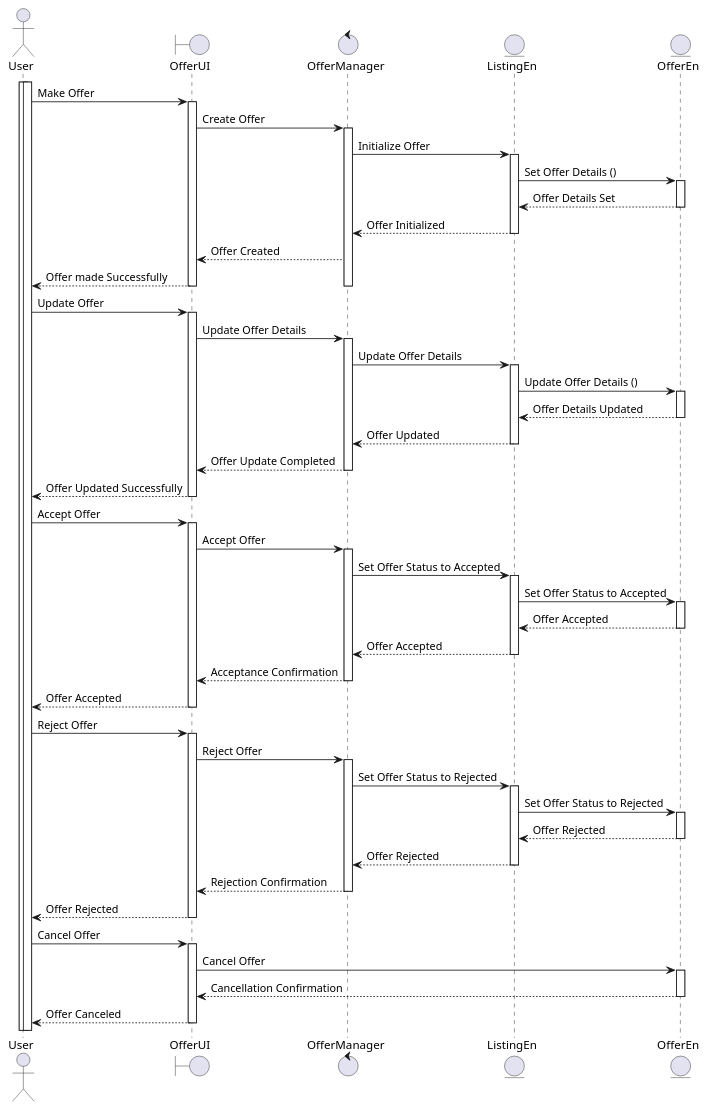
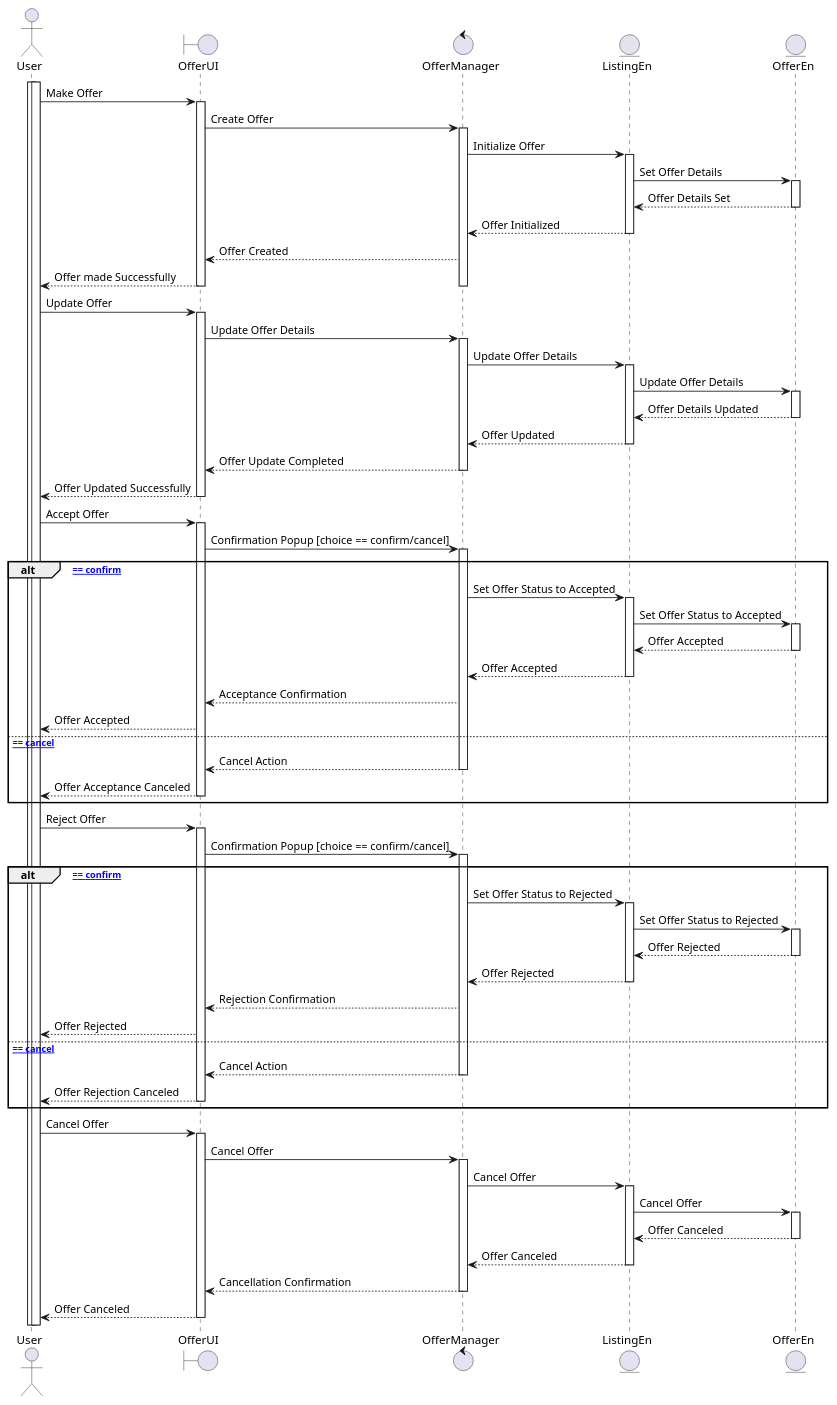
One commit to KuaLiMin/ShopBlock changed the diagram in lab2/plantuml/offer.plantuml. Above: the diagram before and after it, drawn with PlantUML.

```diff
--- a/lab2/plantuml/offer.plantuml
+++ b/lab2/plantuml/offer.plantuml
@@ -1,117 +1,139 @@
 @startuml
 actor User as U
 boundary OfferUI as OUI
 control OfferManager as OM
 entity ListingEn as L
 entity OfferEn as O
 
 activate U
 
 ' User making an offer
 actor User as U
 boundary OfferUI as OUI
 control OfferManager as OM
 entity ListingEn as L
 entity OfferEn as O
 
 ' Activate User
 activate U
 
 ' User making an offer
 U -> OUI : Make Offer
 activate OUI
 
 OUI -> OM : Create Offer
 activate OM
 OM -> L : Initialize Offer
 activate L
 
 ' Set initial offer details
-L -> O : Set Offer Details ()
+L -> O : Set Offer Details
 activate O
 O --> L : Offer Details Set
 deactivate O
 
 L --> OM : Offer Initialized
 deactivate L
 
 OM --> OUI : Offer Created
 
 OUI --> U : Offer made Successfully
 deactivate OM
 deactivate OUI
 
 ' User updating offer details
 U -> OUI : Update Offer
 activate OUI
 
 OUI -> OM : Update Offer Details
 activate OM
 OM -> L : Update Offer Details
 activate L
 
-L -> O : Update Offer Details ()
+L -> O : Update Offer Details
 activate O
 O --> L : Offer Details Updated
 deactivate O
 
 L --> OM : Offer Updated
 deactivate L
 
 OM --> OUI : Offer Update Completed
 deactivate OM
 OUI --> U : Offer Updated Successfully
 deactivate OUI
 
 ' User accepting an offer
 U -> OUI : Accept Offer
 activate OUI
-OUI -> OM : Accept Offer
+OUI -> OM : Confirmation Popup [choice == confirm/cancel]
 activate OM
-OM -> L : Set Offer Status to Accepted
-activate L
 
-L -> O : Set Offer Status to Accepted
-activate O
-O --> L : Offer Accepted
-deactivate O
+alt [choice == confirm]
+    OM -> L : Set Offer Status to Accepted
+    activate L
+    L -> O : Set Offer Status to Accepted
+    activate O
+    O --> L : Offer Accepted
+    deactivate O
+    L --> OM : Offer Accepted
+    deactivate L
+    OM --> OUI : Acceptance Confirmation
+    OUI --> U : Offer Accepted
 
-L --> OM : Offer Accepted
-deactivate L
-OM --> OUI : Acceptance Confirmation
-deactivate OM
-OUI --> U : Offer Accepted
-deactivate OUI
+else [choice == cancel]
+    OM --> OUI : Cancel Action
+    deactivate OM
+    OUI --> U : Offer Acceptance Canceled
+    deactivate OUI
+end
+
 
 ' User rejecting an offer
 U -> OUI : Reject Offer
 activate OUI
-OUI -> OM : Reject Offer
+OUI -> OM : Confirmation Popup [choice == confirm/cancel]
 activate OM
-OM -> L : Set Offer Status to Rejected
-activate L
 
-L -> O : Set Offer Status to Rejected
-activate O
-O --> L : Offer Rejected
-deactivate O
+alt [choice == confirm]
+    OM -> L : Set Offer Status to Rejected
+    activate L
+    L -> O : Set Offer Status to Rejected
+    activate O
+    O --> L : Offer Rejected
+    deactivate O
+    L --> OM : Offer Rejected
+    deactivate L
+    OM --> OUI : Rejection Confirmation
+    OUI --> U : Offer Rejected
 
-L --> OM : Offer Rejected
-deactivate L
-OM --> OUI : Rejection Confirmation
-deactivate OM
-OUI --> U : Offer Rejected
-deactivate OUI
+else [choice == cancel]
+    OM --> OUI : Cancel Action
+    deactivate OM
+    OUI --> U : Offer Rejection Canceled
+    deactivate OUI
+end
+
 
 ' User canceling an offer
 U -> OUI : Cancel Offer
 activate OUI
-OUI -> O : Cancel Offer
+OUI -> OM : Cancel Offer
+activate OM
+OM -> L : Cancel Offer
+activate L
+
+L -> O : Cancel Offer
 activate O
-O --> OUI : Cancellation Confirmation
+O --> L : Offer Canceled
 deactivate O
+
+L --> OM : Offer Canceled
+deactivate L
+OM --> OUI : Cancellation Confirmation
+deactivate OM
 OUI --> U : Offer Canceled
 deactivate OUI
 
 
 @enduml
```
